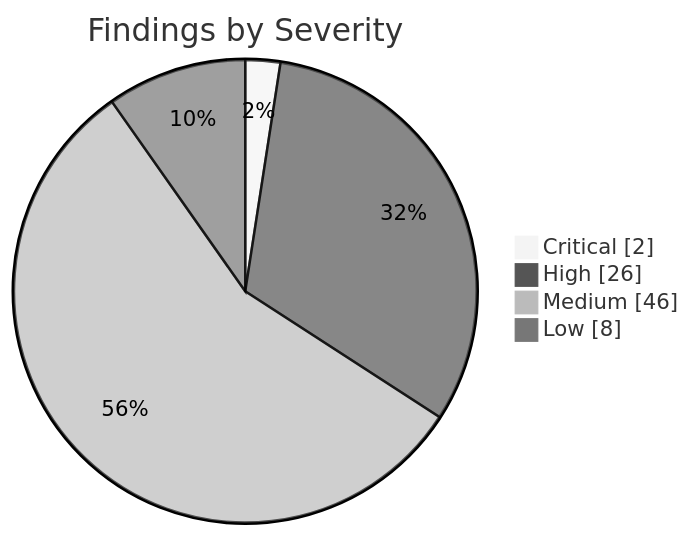
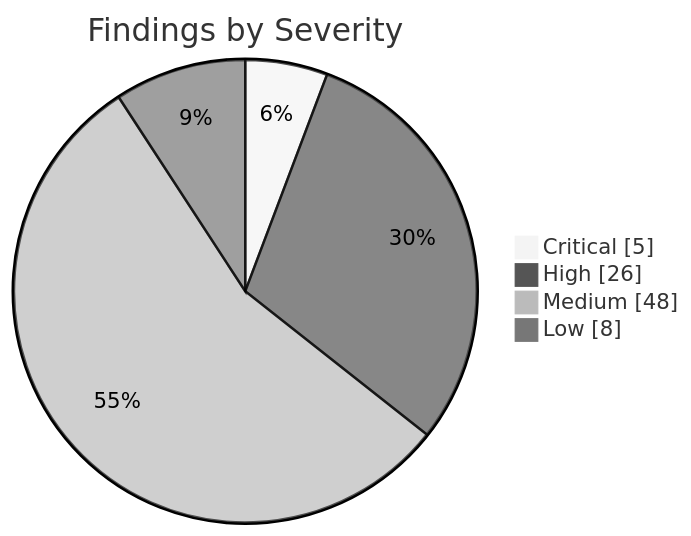
The first of 2 diagrams in apps/kbve/astro-kbve/src/content/docs/dashboard/security.mdx (KBVE/kbve), drawn with Mermaid (neutral theme) before and after one commit. The commit also changed other lines of this file and 8 other files, not shown here.

````diff
--- a/apps/kbve/astro-kbve/src/content/docs/dashboard/security.mdx
+++ b/apps/kbve/astro-kbve/src/content/docs/dashboard/security.mdx
@@ -62,8 +62,8 @@
 ```mermaid
 pie showData
     title Findings by Severity
-    "Critical" : 2
+    "Critical" : 5
     "High" : 26
-    "Medium" : 46
+    "Medium" : 48
     "Low" : 8
 ```
````
